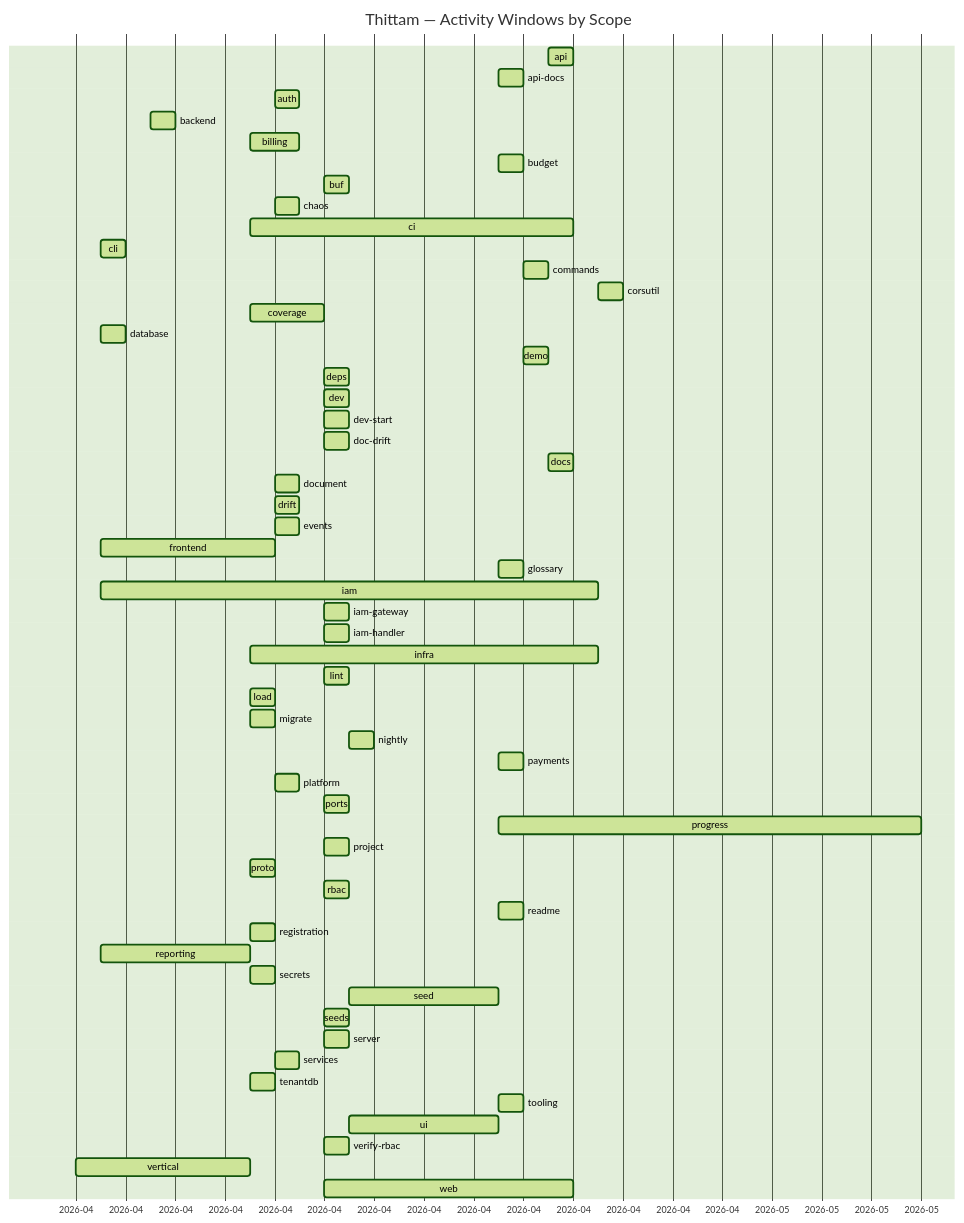
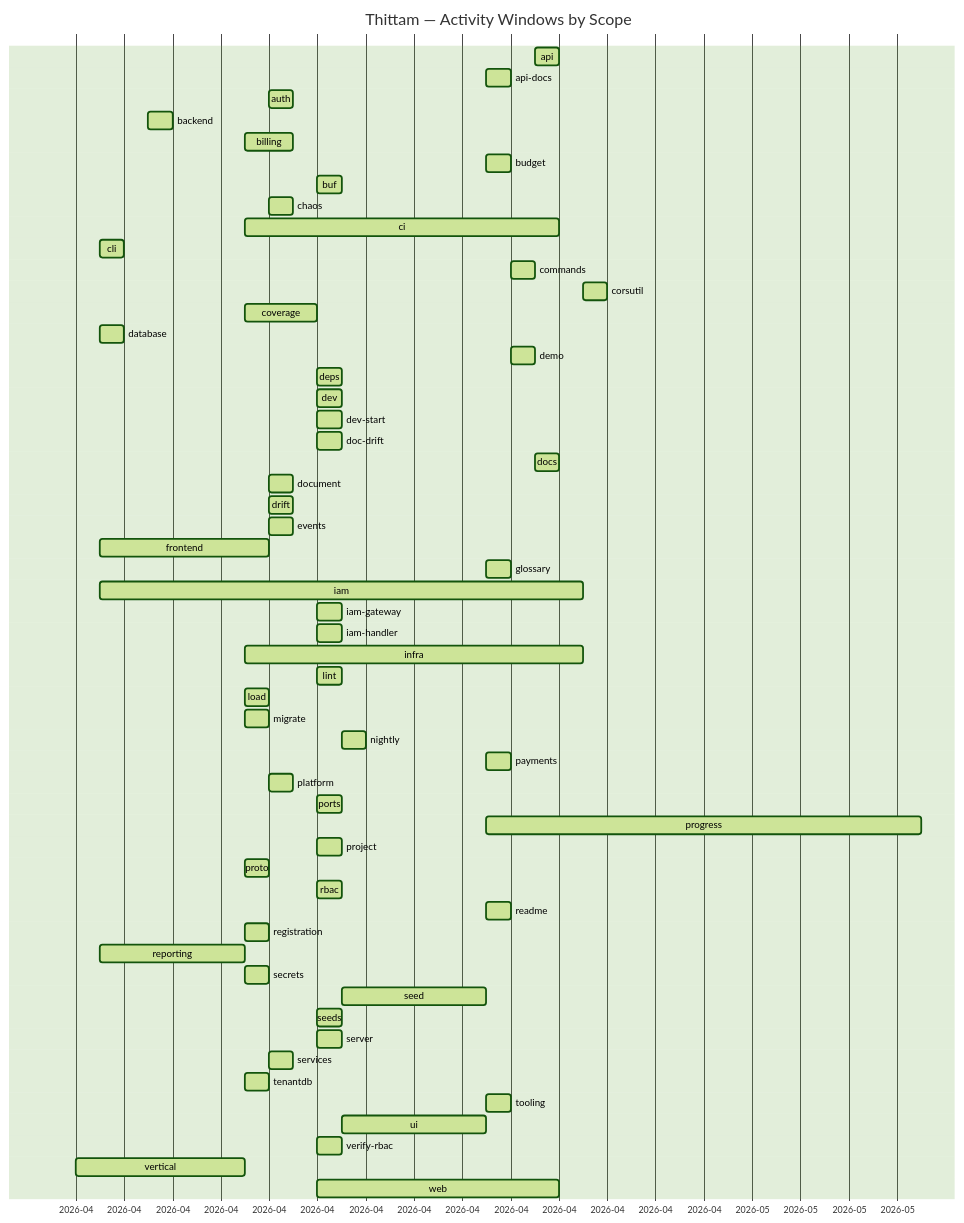
Before and after one commit to wegofwd2020-hub/thittam: the diagram in docs/PROGRESS.md, drawn with Mermaid (forest theme). The commit also changed other lines of this file and 1 other file, not shown here.

Commit message:
chore(progress): nightly update of docs/PROGRESS.md + CSVs

````diff
--- a/docs/PROGRESS.md
+++ b/docs/PROGRESS.md
@@ -9,60 +9,60 @@
 ```mermaid
 gantt
     title Thittam — Activity Windows by Scope
     dateFormat YYYY-MM-DD
     axisFormat %Y-%m
     api                :active, s_api, 2026-04-22, 2026-04-23
     api-docs           :active, s_api_docs, 2026-04-20, 2026-04-21
     auth               :active, s_auth, 2026-04-11, 2026-04-12
     backend            :active, s_backend, 2026-04-06, 2026-04-07
     billing            :active, s_billing, 2026-04-10, 2026-04-12
     budget             :active, s_budget, 2026-04-20, 2026-04-21
     buf                :active, s_buf, 2026-04-13, 2026-04-14
     chaos              :active, s_chaos, 2026-04-11, 2026-04-12
     ci                 :active, s_ci, 2026-04-10, 2026-04-23
     cli                :active, s_cli, 2026-04-04, 2026-04-05
     commands           :active, s_commands, 2026-04-21, 2026-04-22
     corsutil           :active, s_corsutil, 2026-04-24, 2026-04-25
     coverage           :active, s_coverage, 2026-04-10, 2026-04-13
     database           :active, s_database, 2026-04-04, 2026-04-05
     demo               :active, s_demo, 2026-04-21, 2026-04-22
     deps               :active, s_deps, 2026-04-13, 2026-04-14
     dev                :active, s_dev, 2026-04-13, 2026-04-14
     dev-start          :active, s_dev_start, 2026-04-13, 2026-04-14
     doc-drift          :active, s_doc_drift, 2026-04-13, 2026-04-14
     docs               :active, s_docs, 2026-04-22, 2026-04-23
     document           :active, s_document, 2026-04-11, 2026-04-12
     drift              :active, s_drift, 2026-04-11, 2026-04-12
     events             :active, s_events, 2026-04-11, 2026-04-12
     frontend           :active, s_frontend, 2026-04-04, 2026-04-11
     glossary           :active, s_glossary, 2026-04-20, 2026-04-21
     iam                :active, s_iam, 2026-04-04, 2026-04-24
     iam-gateway        :active, s_iam_gateway, 2026-04-13, 2026-04-14
     iam-handler        :active, s_iam_handler, 2026-04-13, 2026-04-14
     infra              :active, s_infra, 2026-04-10, 2026-04-24
     lint               :active, s_lint, 2026-04-13, 2026-04-14
     load               :active, s_load, 2026-04-10, 2026-04-11
     migrate            :active, s_migrate, 2026-04-10, 2026-04-11
     nightly            :active, s_nightly, 2026-04-14, 2026-04-15
     payments           :active, s_payments, 2026-04-20, 2026-04-21
     platform           :active, s_platform, 2026-04-11, 2026-04-12
     ports              :active, s_ports, 2026-04-13, 2026-04-14
-    progress           :active, s_progress, 2026-04-20, 2026-05-07
+    progress           :active, s_progress, 2026-04-20, 2026-05-08
     project            :active, s_project, 2026-04-13, 2026-04-14
     proto              :active, s_proto, 2026-04-10, 2026-04-11
     rbac               :active, s_rbac, 2026-04-13, 2026-04-14
     readme             :active, s_readme, 2026-04-20, 2026-04-21
     registration       :active, s_registration, 2026-04-10, 2026-04-11
     reporting          :active, s_reporting, 2026-04-04, 2026-04-10
     secrets            :active, s_secrets, 2026-04-10, 2026-04-11
     seed               :active, s_seed, 2026-04-14, 2026-04-20
     seeds              :active, s_seeds, 2026-04-13, 2026-04-14
     server             :active, s_server, 2026-04-13, 2026-04-14
     services           :active, s_services, 2026-04-11, 2026-04-12
     tenantdb           :active, s_tenantdb, 2026-04-10, 2026-04-11
     tooling            :active, s_tooling, 2026-04-20, 2026-04-21
     ui                 :active, s_ui, 2026-04-14, 2026-04-20
     verify-rbac        :active, s_verify_rbac, 2026-04-13, 2026-04-14
     vertical           :active, s_vertical, 2026-04-03, 2026-04-10
     web                :active, s_web, 2026-04-13, 2026-04-23
 ```
````
